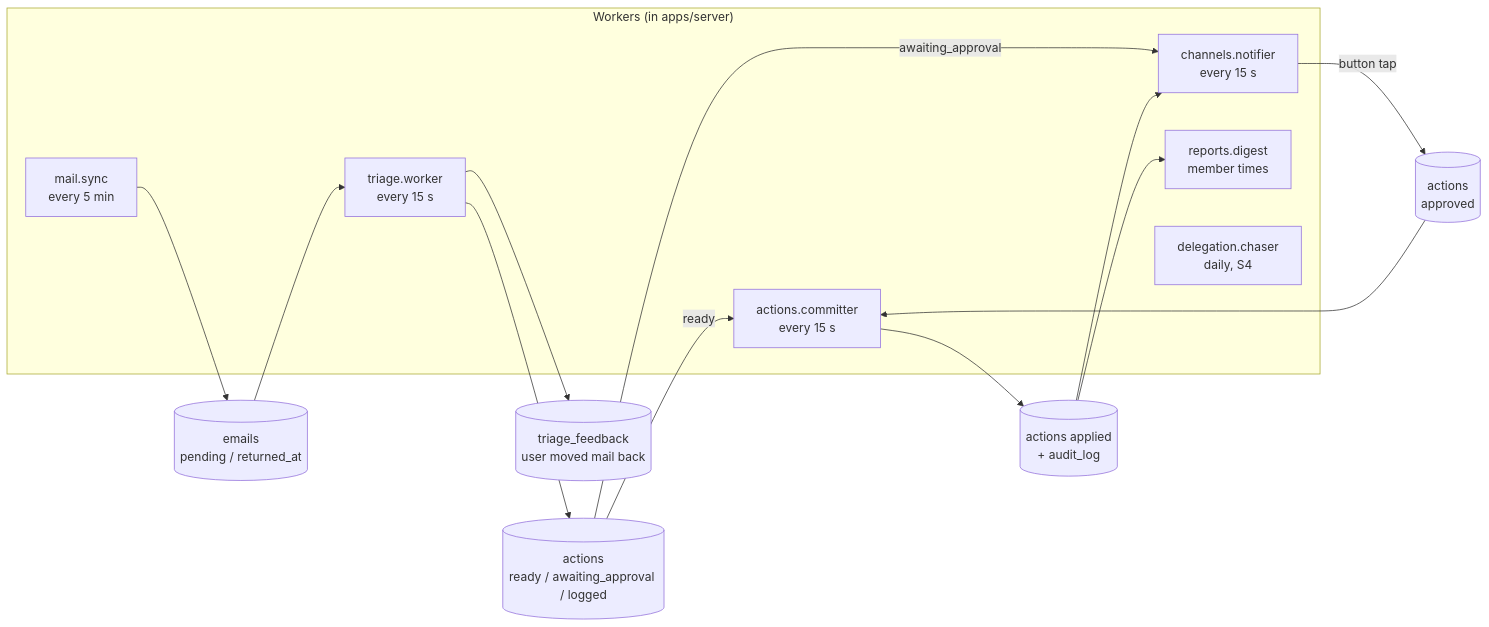
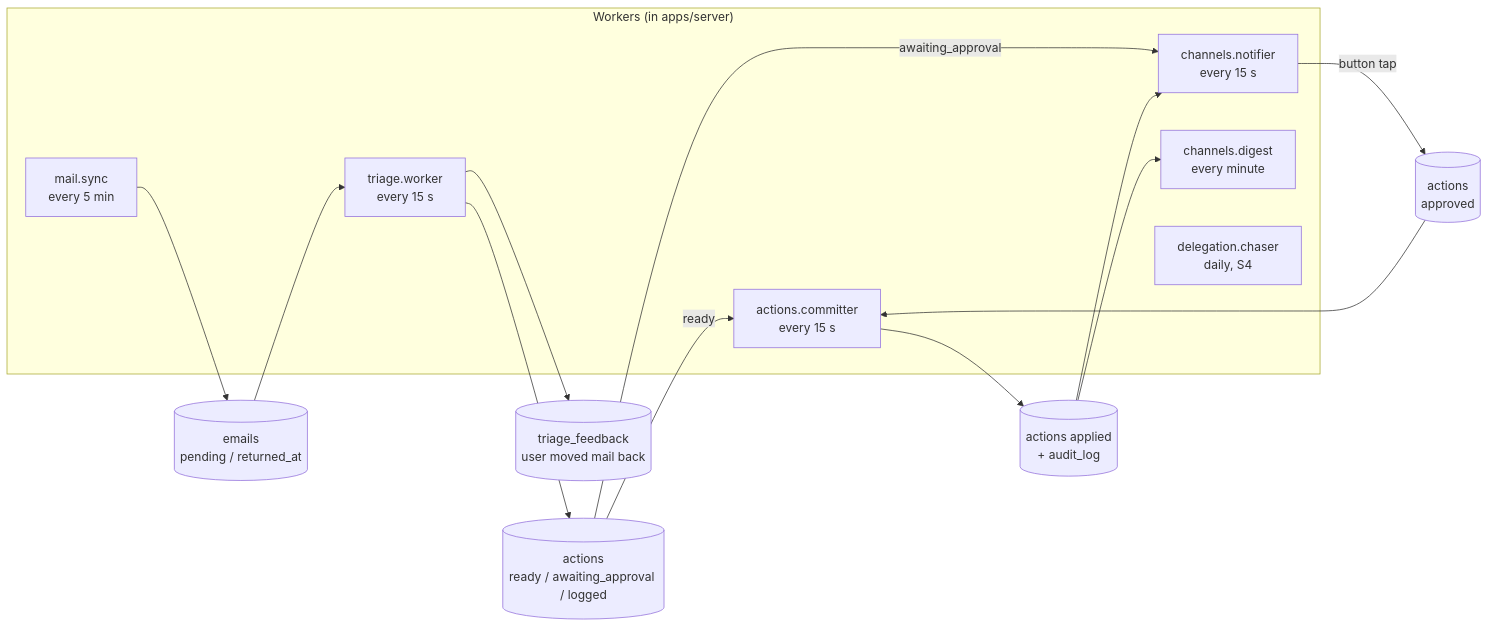
Before and after one commit to Artexs/email_assistant: the first of 2 diagrams in docs/modules.md, drawn with Mermaid. The commit also changed other lines of this file and 11 other files, not shown here.

````diff
--- a/docs/modules.md
+++ b/docs/modules.md
@@ -32,23 +32,23 @@
 ```mermaid
 flowchart LR
     subgraph Jobs["Workers (in apps/server)"]
         J1[mail.sync<br/>every 5 min]
         J2[triage.worker<br/>every 15 s]
         J3[actions.committer<br/>every 15 s]
         J4[channels.notifier<br/>every 15 s]
-        J5[reports.digest<br/>member times]
+        J5[channels.digest<br/>every minute]
         J6[delegation.chaser<br/>daily, S4]
     end
 
     J1 --> E1[(emails<br/>pending / returned_at)]
     E1 --> J2
     J2 --> F1[(triage_feedback<br/>user moved mail back)]
     J2 --> A1[(actions<br/>ready / awaiting_approval / logged)]
     A1 -->|ready| J3
     A1 -->|awaiting_approval| J4
     J4 -->|button tap| A2[(actions<br/>approved)]
     A2 --> J3
     J3 --> A3[(actions applied<br/>+ audit_log)]
     A3 --> J4
     A3 --> J5
 ```
````
